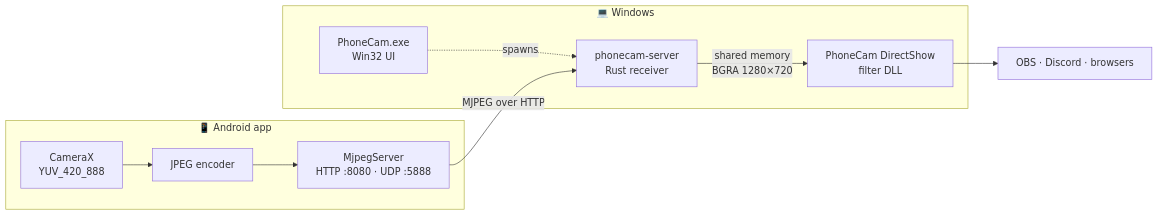
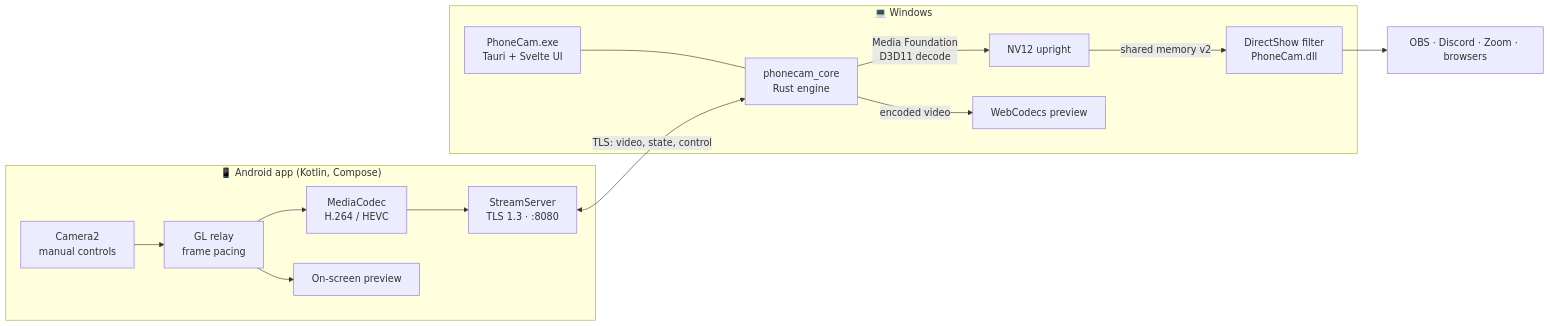
Before and after one commit to rsxcore/phonecam: the diagram in DEVELOPMENT.md, drawn with Mermaid. The commit also changed other lines of this file and 5 other files, not shown here.

Commit message:
Update documentation for PhoneCam 2.0

````diff
--- a/DEVELOPMENT.md
+++ b/DEVELOPMENT.md
@@ -7,12 +7,16 @@
 ```mermaid
 flowchart LR
-    subgraph Phone["📱 Android app"]
-        CAM[CameraX<br/>YUV_420_888] --> JPEG[JPEG encoder] --> SRV[MjpegServer<br/>HTTP :8080 · UDP :5888]
+    subgraph Phone["📱 Android app (Kotlin, Compose)"]
+        CAM[Camera2<br/>manual controls] --> GL[GL relay<br/>frame pacing] --> ENC[MediaCodec<br/>H.264 / HEVC]
+        GL --> PRE[On-screen preview]
+        ENC --> SRV[StreamServer<br/>TLS 1.3 · :8080]
     end
     subgraph PC["💻 Windows"]
-        EXE[PhoneCam.exe<br/>Win32 UI] -. spawns .-> RX[phonecam-server<br/>Rust receiver]
-        RX -->|shared memory<br/>BGRA 1280×720| VCAM[PhoneCam DirectShow<br/>filter DLL]
+        APP[PhoneCam.exe<br/>Tauri + Svelte UI] --- CORE[phonecam_core<br/>Rust engine]
+        CORE -->|Media Foundation<br/>D3D11 decode| NV12[NV12 upright]
+        NV12 -->|shared memory v2| VCAM[DirectShow filter<br/>PhoneCam.dll]
+        CORE -->|encoded video| WEB[WebCodecs preview]
     end
-    SRV -->|MJPEG over HTTP| RX
-    VCAM --> APPS[OBS · Discord · browsers]
+    SRV <-->|TLS: video, state, control| CORE
+    VCAM --> APPS[OBS · Discord · Zoom · browsers]
 ```
````
